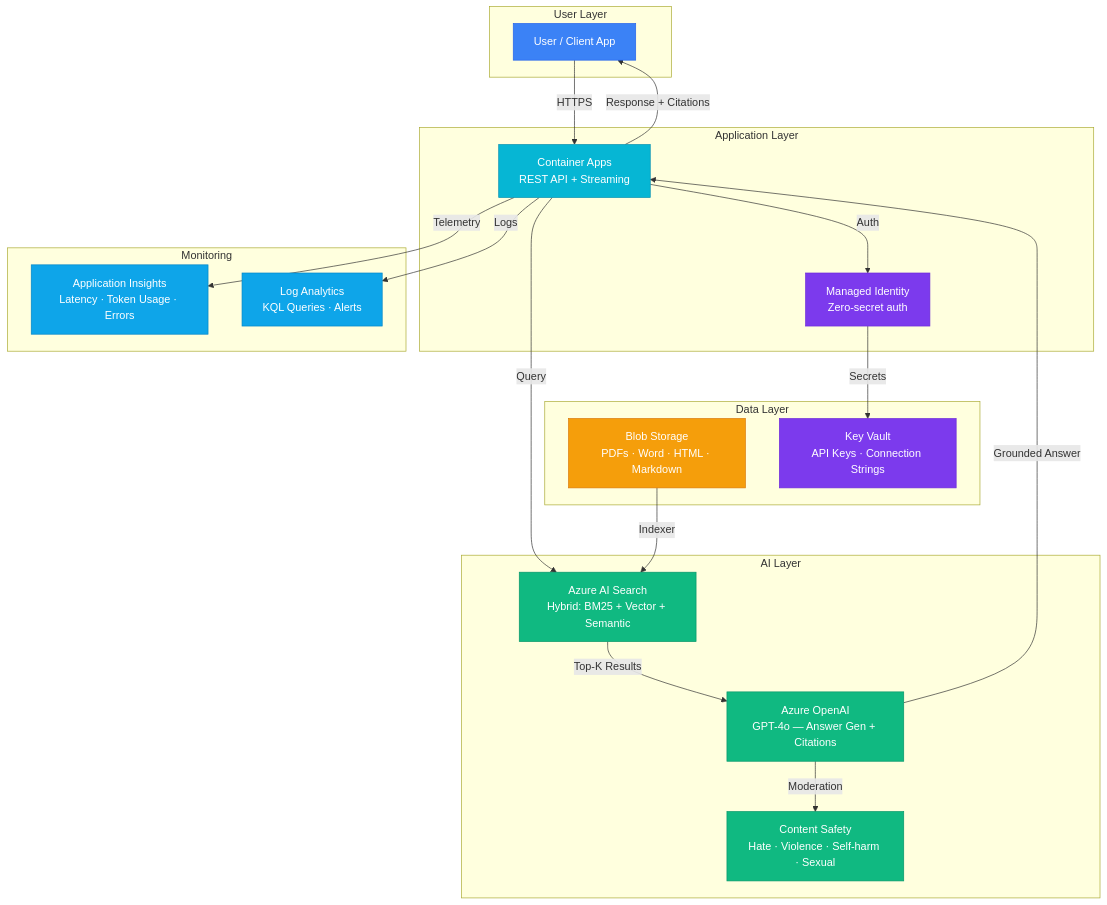
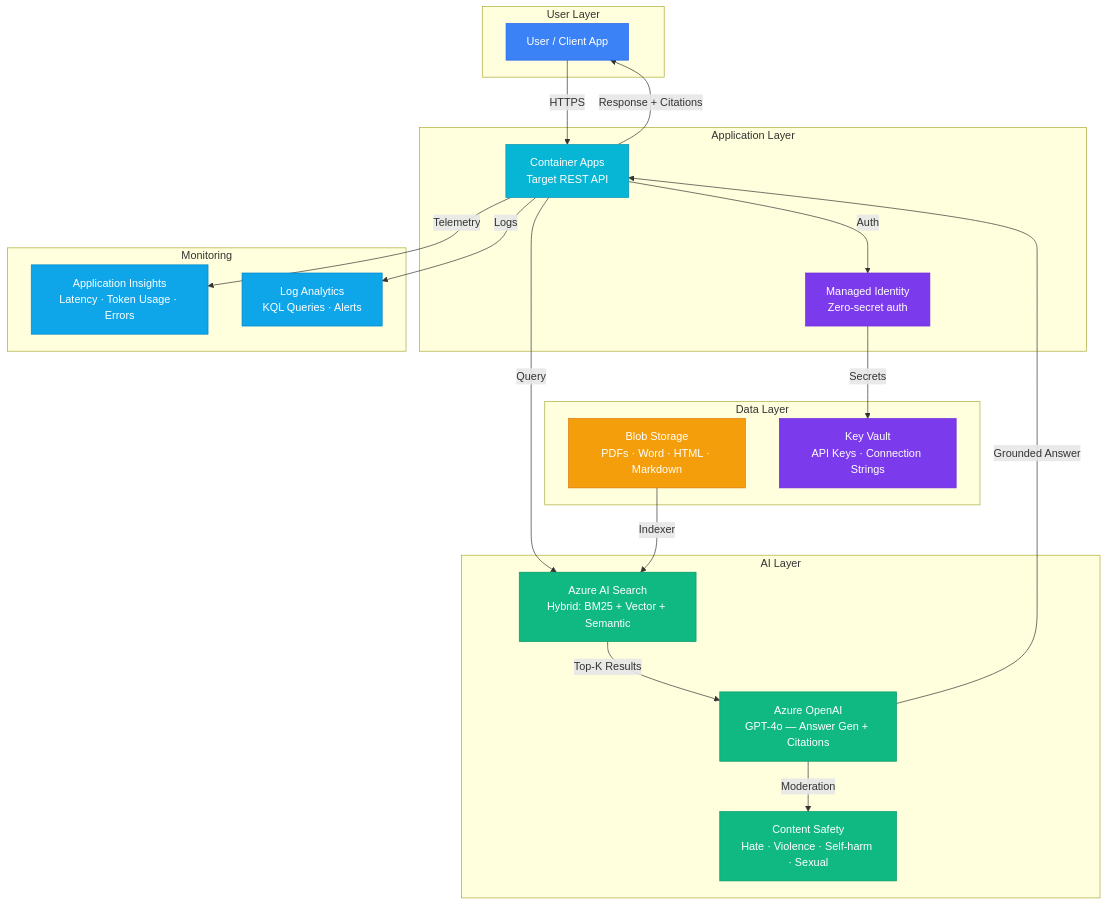
The diagram in .factory/docs/solution-plays/01-enterprise-rag.mdx (frootai/frootai), drawn with Mermaid before and after one commit. The commit also changed other lines of this file and 103 other files, not shown here.

````diff
--- a/.factory/docs/solution-plays/01-enterprise-rag.mdx
+++ b/.factory/docs/solution-plays/01-enterprise-rag.mdx
@@ -30,50 +30,50 @@
 ```mermaid
 graph TB
     subgraph User Layer
         User[User / Client App]
     end
 
     subgraph Application Layer
-        API[Container Apps<br/>REST API + Streaming]
+        API[Container Apps<br/>Target REST API]
         Auth[Managed Identity<br/>Zero-secret auth]
     end
 
     subgraph AI Layer
         Search[Azure AI Search<br/>Hybrid: BM25 + Vector + Semantic]
         OpenAI[Azure OpenAI<br/>GPT-4o — Answer Gen + Citations]
         Safety[Content Safety<br/>Hate · Violence · Self-harm · Sexual]
     end
 
     subgraph Data Layer
         Blob[Blob Storage<br/>PDFs · Word · HTML · Markdown]
         KV[Key Vault<br/>API Keys · Connection Strings]
     end
 
     subgraph Monitoring
         AppInsights[Application Insights<br/>Latency · Token Usage · Errors]
         LogAnalytics[Log Analytics<br/>KQL Queries · Alerts]
     end
 
     User -->|HTTPS| API
     API -->|Query| Search
     Search -->|Top-K Results| OpenAI
     OpenAI -->|Grounded Answer| API
     API -->|Response + Citations| User
     API -->|Auth| Auth
     Auth -->|Secrets| KV
     Blob -->|Indexer| Search
     OpenAI -->|Moderation| Safety
     API -->|Telemetry| AppInsights
     API -->|Logs| LogAnalytics
 
     style User fill:#3b82f6,color:#fff,stroke:#2563eb
     style API fill:#06b6d4,color:#fff,stroke:#0891b2
     style Search fill:#10b981,color:#fff,stroke:#059669
     style OpenAI fill:#10b981,color:#fff,stroke:#059669
     style Safety fill:#10b981,color:#fff,stroke:#059669
     style Blob fill:#f59e0b,color:#fff,stroke:#d97706
     style KV fill:#7c3aed,color:#fff,stroke:#6d28d9
     style Auth fill:#7c3aed,color:#fff,stroke:#6d28d9
     style AppInsights fill:#0ea5e9,color:#fff,stroke:#0284c7
     style LogAnalytics fill:#0ea5e9,color:#fff,stroke:#0284c7
 ```
````
